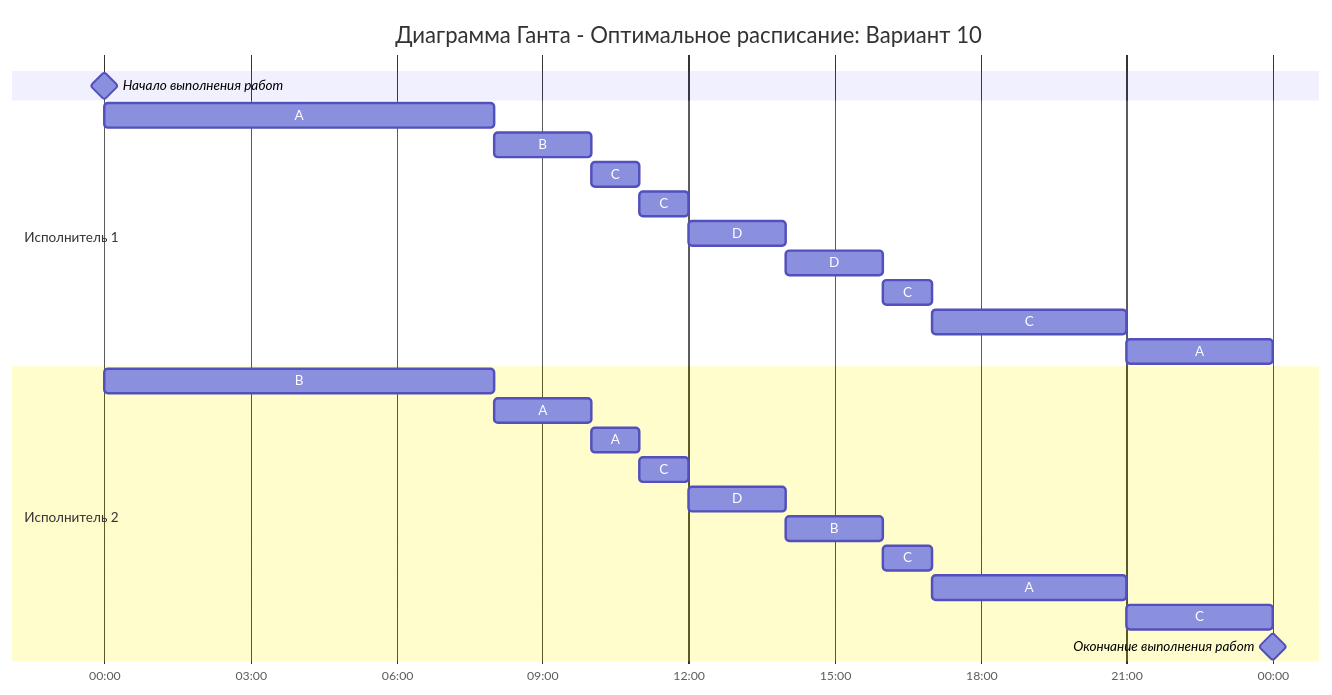
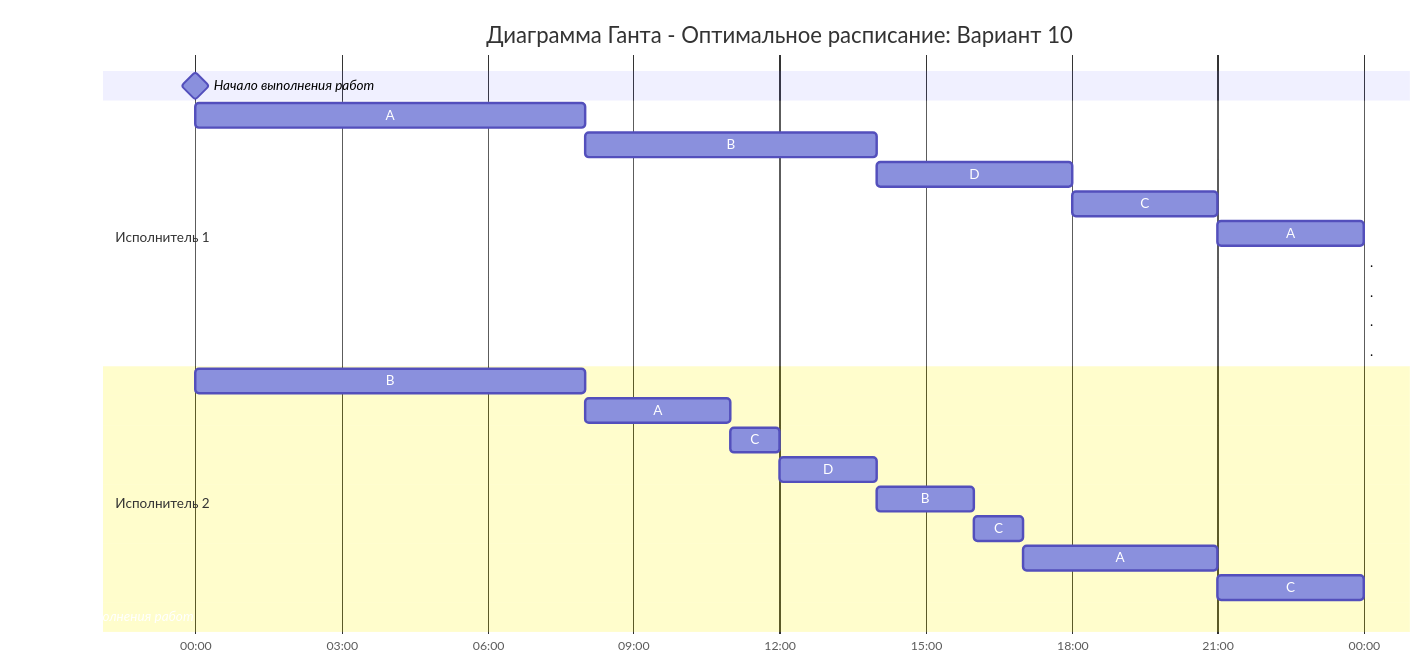
Before and after one commit to hse-algo-24-raven/manual-tasks-raven: the diagram in task-5/beyonce.md, drawn with Mermaid. The commit also changed other lines of this file, not shown here.

````diff
--- a/task-5/beyonce.md
+++ b/task-5/beyonce.md
@@ -113,28 +112,27 @@
 ```mermaid
 gantt
 title Диаграмма Ганта - Оптимальное расписание: Вариант 10
 dateFormat DD HH:mm
 axisFormat %H:%M
 Начало выполнения работ : milestone, m1, 01 00:00, 0h
 section Исполнитель 1
 A         :a1, 01 00:00, 8h
-B         :a2, after a1, 2h
-C         :a3, after a2, 1h
-C         :a4, after a3, 1h
-D         :a5, after a4, 2h
-D         :a6, after a5, 2h
-C         :a7, after a6, 1h
-C         :a8, after a7, 4h
-A         :a9, after a8, 3h
+B         :a2, after a1, 6h
+D         :a3, after a2, 4h
+C         :a4, after a3, 3h
+A         :a5, after a4, 3h
+.         :a6, after a5, 0h
+.         :a7, after a5, 0h
+.         :a8, after a5, 0h
+.         :a9, after a5, 0h
 section Исполнитель 2
 B         :b1, 01 00:00, 8h
-A         :b2, after b1, 2h
-A         :b3, after b2, 1h
-C         :b4, after b3, 1h
-D         :b5, after b4, 2h
-B         :b6, after b5, 2h
-C         :b7, after b6, 1h
-A         :b8, after b7, 4h
-C         :b9, after b8, 3h
+A         :b2, after b1, 3h
+C         :b3, after b2, 1h
+D         :b4, after b3, 2h
+B         :b5, after b4, 2h
+C         :b6, after b5, 1h
+A         :b7, after b6, 4h
+C         :b8, after b7, 3h
 Окончание выполнения работ : milestone, m2, after b9, 0h
 ```
````
